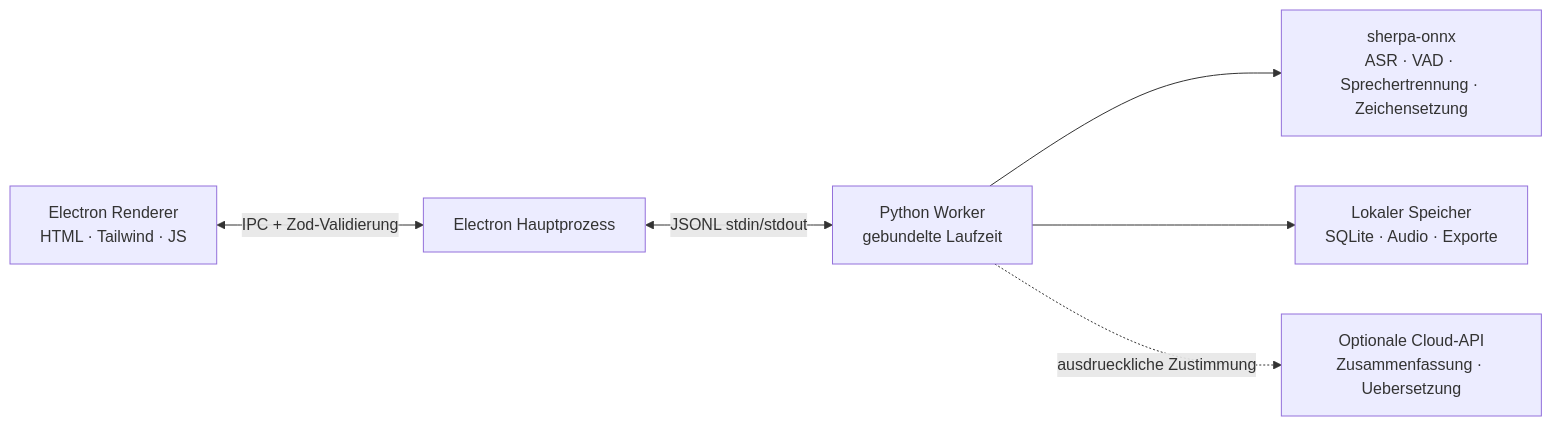
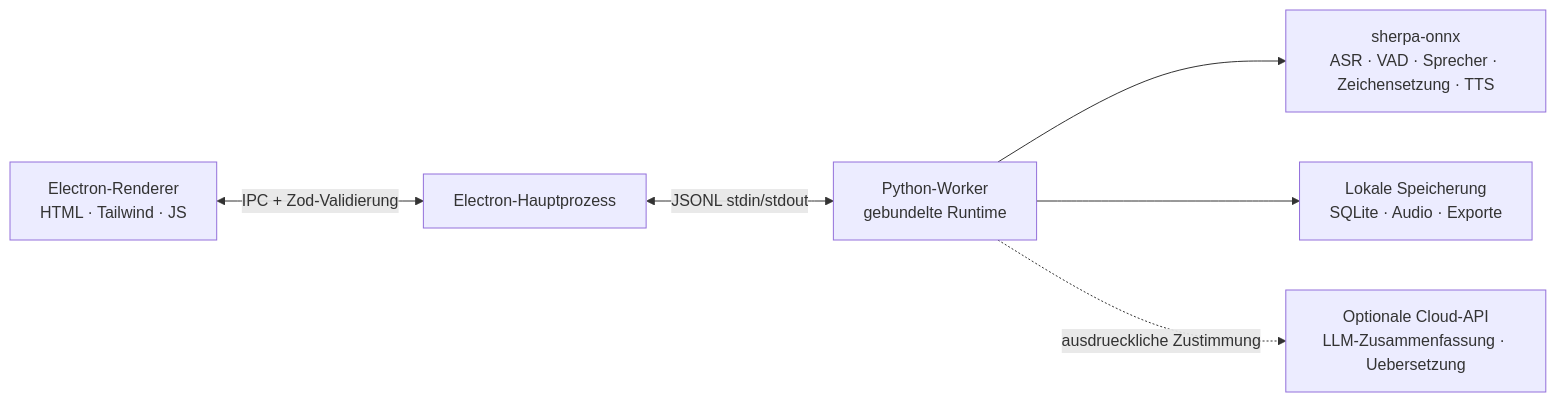
The diagram in docs/README.de.md (zerolovesea/Brevia), drawn with Mermaid before and after one commit. The commit also changed other lines of this file and 44 other files, not shown here.

````diff
--- a/docs/README.de.md
+++ b/docs/README.de.md
@@ -55,8 +76,8 @@
 ```mermaid
 flowchart LR
-  A[Electron Renderer<br/>HTML · Tailwind · JS] <-->|IPC + Zod-Validierung| B[Electron Hauptprozess]
-  B <-->|JSONL stdin/stdout| C[Python Worker<br/>gebundelte Laufzeit]
-  C --> D[sherpa-onnx<br/>ASR · VAD · Sprechertrennung · Zeichensetzung]
-  C --> E[Lokaler Speicher<br/>SQLite · Audio · Exporte]
-  C -. ausdrueckliche Zustimmung .-> F[Optionale Cloud-API<br/>Zusammenfassung · Uebersetzung]
+  A[Electron-Renderer<br/>HTML · Tailwind · JS] <-->|IPC + Zod-Validierung| B[Electron-Hauptprozess]
+  B <-->|JSONL stdin/stdout| C[Python-Worker<br/>gebundelte Runtime]
+  C --> D[sherpa-onnx<br/>ASR · VAD · Sprecher · Zeichensetzung · TTS]
+  C --> E[Lokale Speicherung<br/>SQLite · Audio · Exporte]
+  C -. ausdrueckliche Zustimmung .-> F[Optionale Cloud-API<br/>LLM-Zusammenfassung · Uebersetzung]
 ```
````
